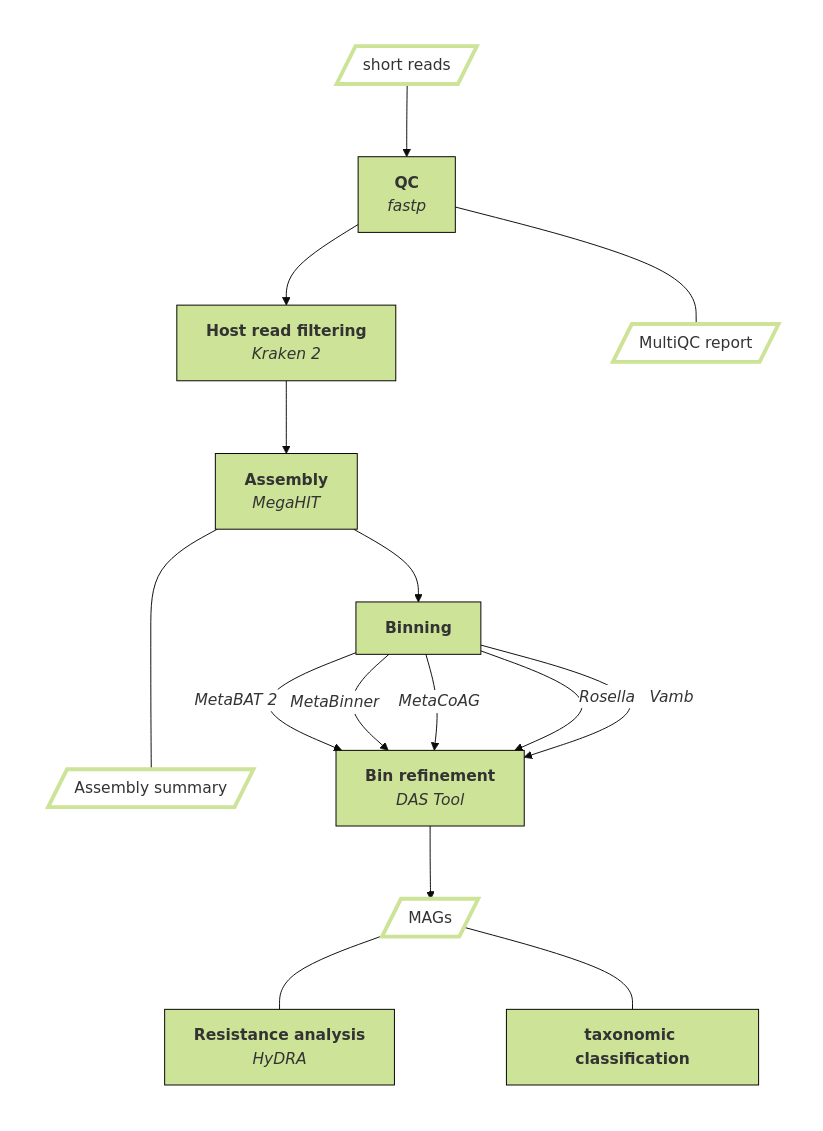
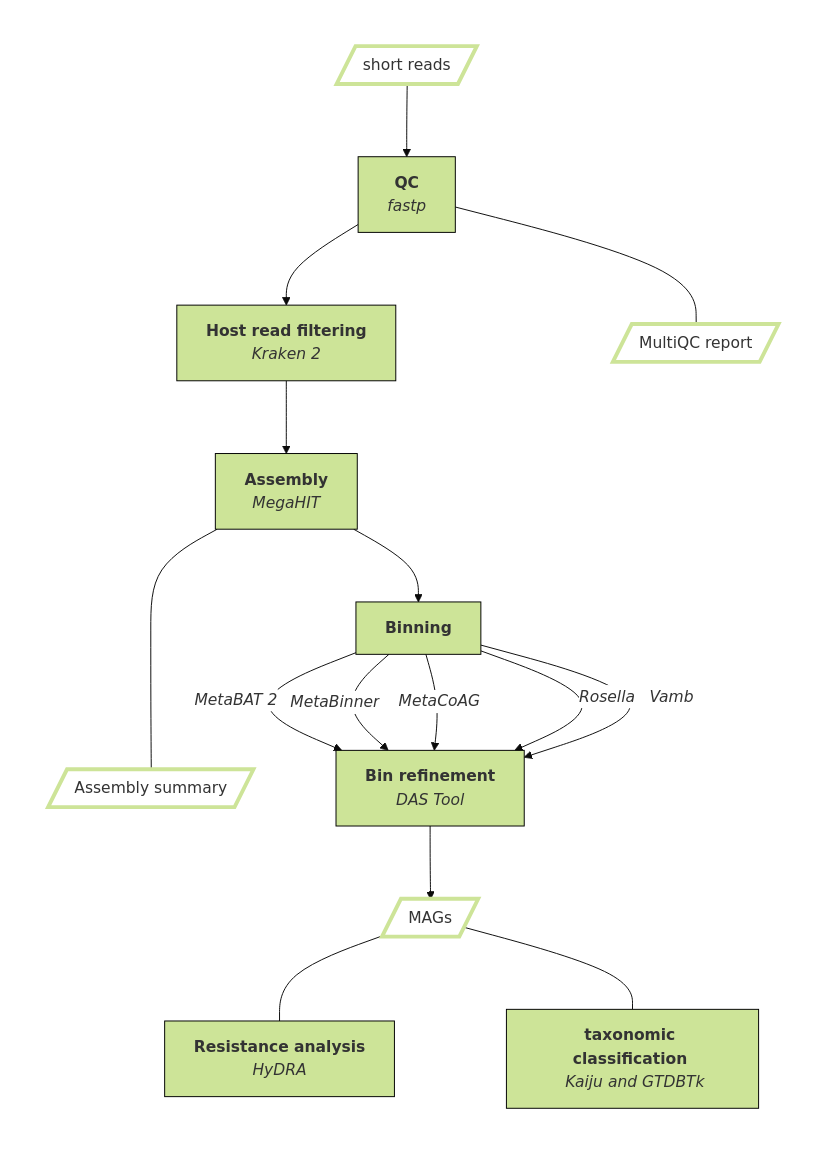
Before and after one commit to alethomas/ResMAG: the diagram in README.md, drawn with Mermaid.

````diff
--- a/README.md
+++ b/README.md
@@ -22,53 +22,53 @@
 ```mermaid
 %%{init: {
    'theme':'base',
    'themeVariables': {
       'secondaryColor': '#fff',
       'tertiaryColor': '#fff',
       'tertiaryBorderColor' : '#fff'}
    }}%%
 
 flowchart TB;
 
    subgraph " "
       direction TB
 
       %% Nodes
       A[/short reads/]
       B["<b>QC</b> <br> <i>fastp<i>"]
       C["<b>Host read filtering</b> <br> <i>Kraken 2<i>"]
       D["<b>Assembly</b> <br> <i>MegaHIT</i>"]
       E["<b>Binning</b>"]
       F["<b>Bin refinement</b> <br> <i>DAS Tool<i>"]
       G[/MAGs/]
       H["<b>Resistance analysis</b> <br> <i>HyDRA<i>"]
-      I["<b>taxonomic classification</b>"]
+      I["<b>taxonomic classification</b> <br> <i>Kaiju and GTDBTk<i>"]
       J[/MultiQC report/]
       K[/Assembly summary/]
 
       %% input & output node design
       classDef in_output fill:#fff,stroke:#cde498,stroke-width:4px
       class A,G,J,K in_output
       %% rule node design
       classDef rule fill:#cde498,stroke:#000
       class B,C,D,E,F,H,I rule
 
       %% Node links
       A --> B
       B --> C
       B --- J
       C --> D
       D --> E
       D ---- K
       E --"<i>MetaBAT 2<i>"--> F
       E --"<i>MetaBinner<i>"--> F
       E --"<i>MetaCoAG<i>"--> F
       E --"<i>Rosella<i>"--> F
       E --"<i>Vamb<i>"--> F
       F --> G
       G --- H
       G --- I
 
    end
 
 ```
````
